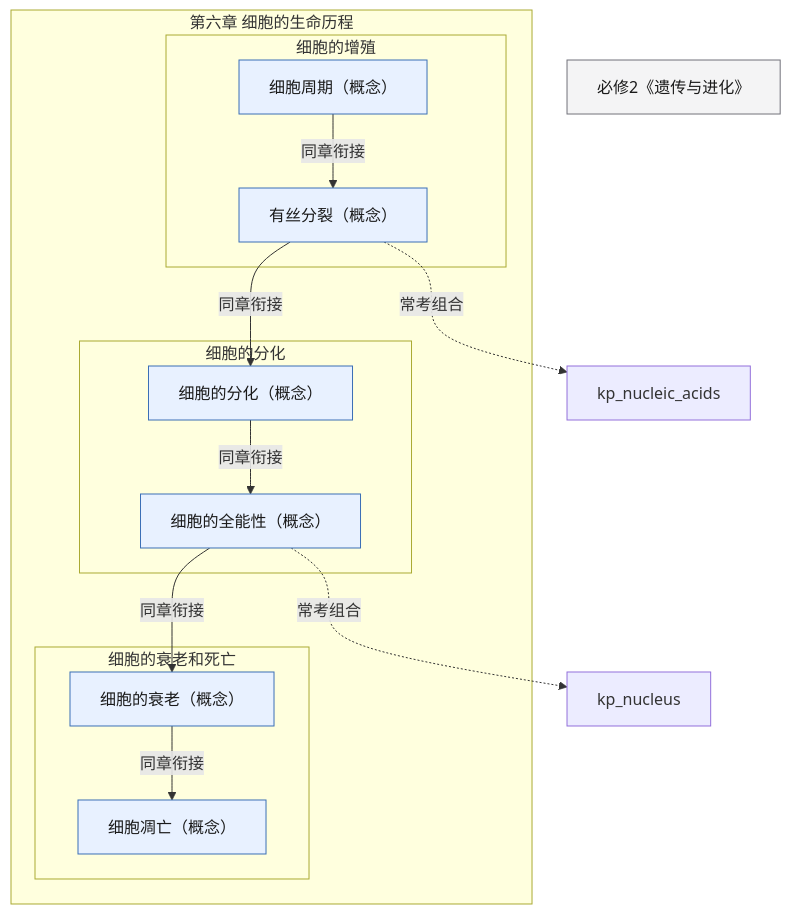
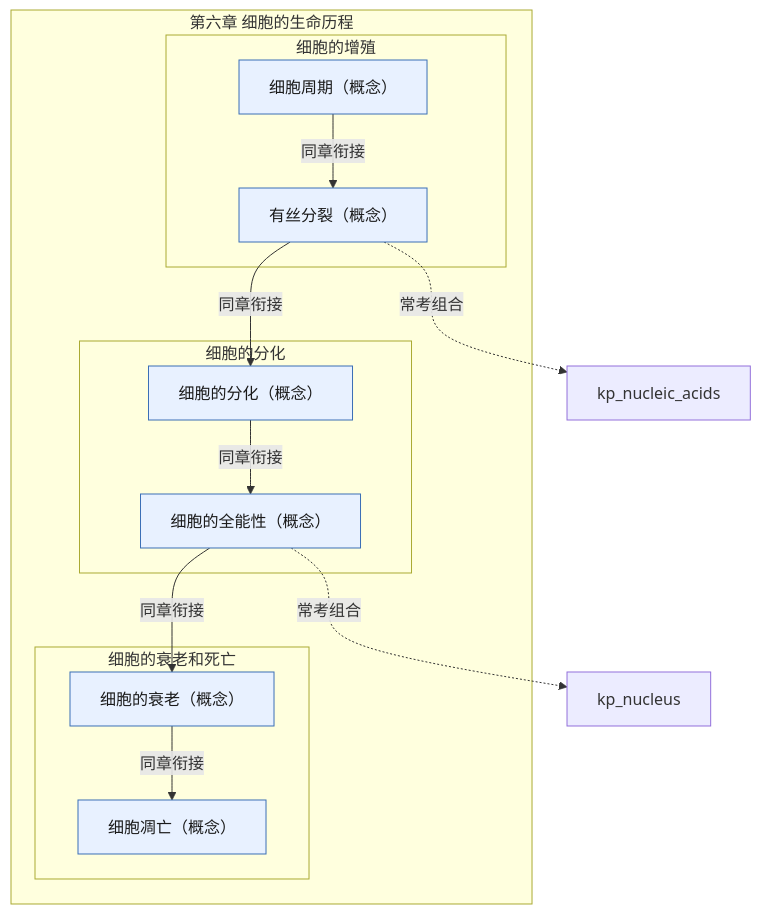
One commit to lihenair/high-school-ai-tutor-skill changed the diagram in skills/high-school-ai-tutor/references/pep-bio-bx1-ch6.md. Above: the diagram before and after it, drawn with Mermaid. The commit also changed 26 other files, not shown here.

First line of the commit message:
feat(bio): 跨教材知识联系图谱——占位符清退 + 53 条组合边 + 联系图谱文档

````diff
--- a/skills/high-school-ai-tutor/references/pep-bio-bx1-ch6.md
+++ b/skills/high-school-ai-tutor/references/pep-bio-bx1-ch6.md
@@ -5,29 +5,28 @@
 ```mermaid
 flowchart TD
   classDef concept fill:#E8F1FF,stroke:#3B6FB6,color:#1A1A1A
   classDef skill fill:#E7F6EE,stroke:#2E7D4F,color:#1A1A1A
   classDef experiment fill:#FFF4E5,stroke:#C47B17,color:#1A1A1A
   classDef later fill:#F4F4F5,stroke:#71717A,color:#1A1A1A
   subgraph ch["第六章 细胞的生命历程"]
     subgraph s1["细胞的增殖"]
       kp_cell_cycle["细胞周期（概念）"]:::concept
       kp_mitosis["有丝分裂（概念）"]:::concept
     end
     subgraph s2["细胞的分化"]
       kp_cell_differentiation["细胞的分化（概念）"]:::concept
       kp_totipotency["细胞的全能性（概念）"]:::concept
     end
     subgraph s3["细胞的衰老和死亡"]
       kp_cell_aging["细胞的衰老（概念）"]:::concept
       kp_cell_death["细胞凋亡（概念）"]:::concept
     end
   end
-  bio_bx2["必修2《遗传与进化》"]:::later
   kp_cell_cycle -->|同章衔接| kp_mitosis
   kp_mitosis -->|同章衔接| kp_cell_differentiation
   kp_cell_differentiation -->|同章衔接| kp_totipotency
   kp_totipotency -->|同章衔接| kp_cell_aging
   kp_cell_aging -->|同章衔接| kp_cell_death
   kp_mitosis -.->|常考组合| kp_nucleic_acids
   kp_totipotency -.->|常考组合| kp_nucleus
 ```
````
